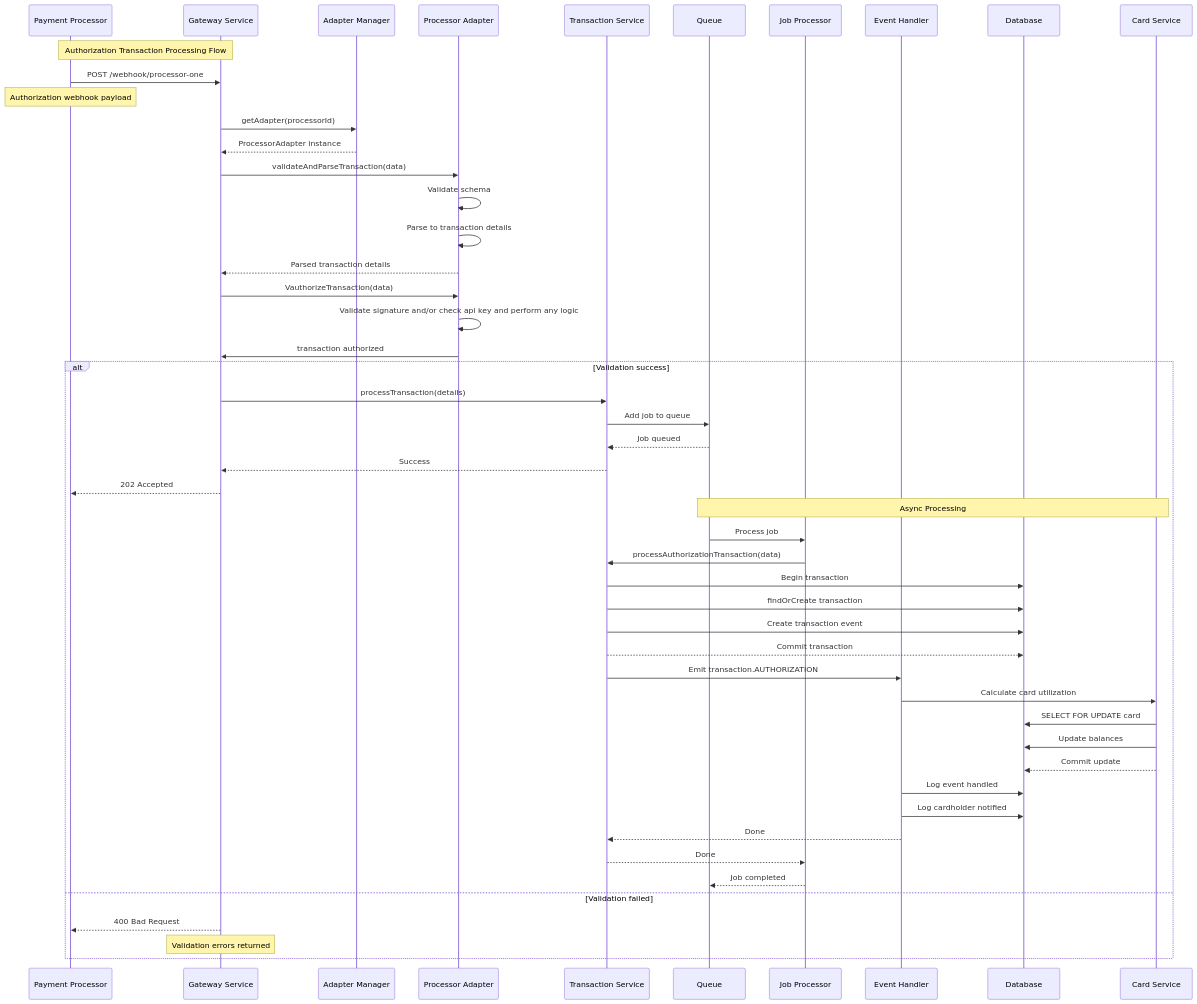
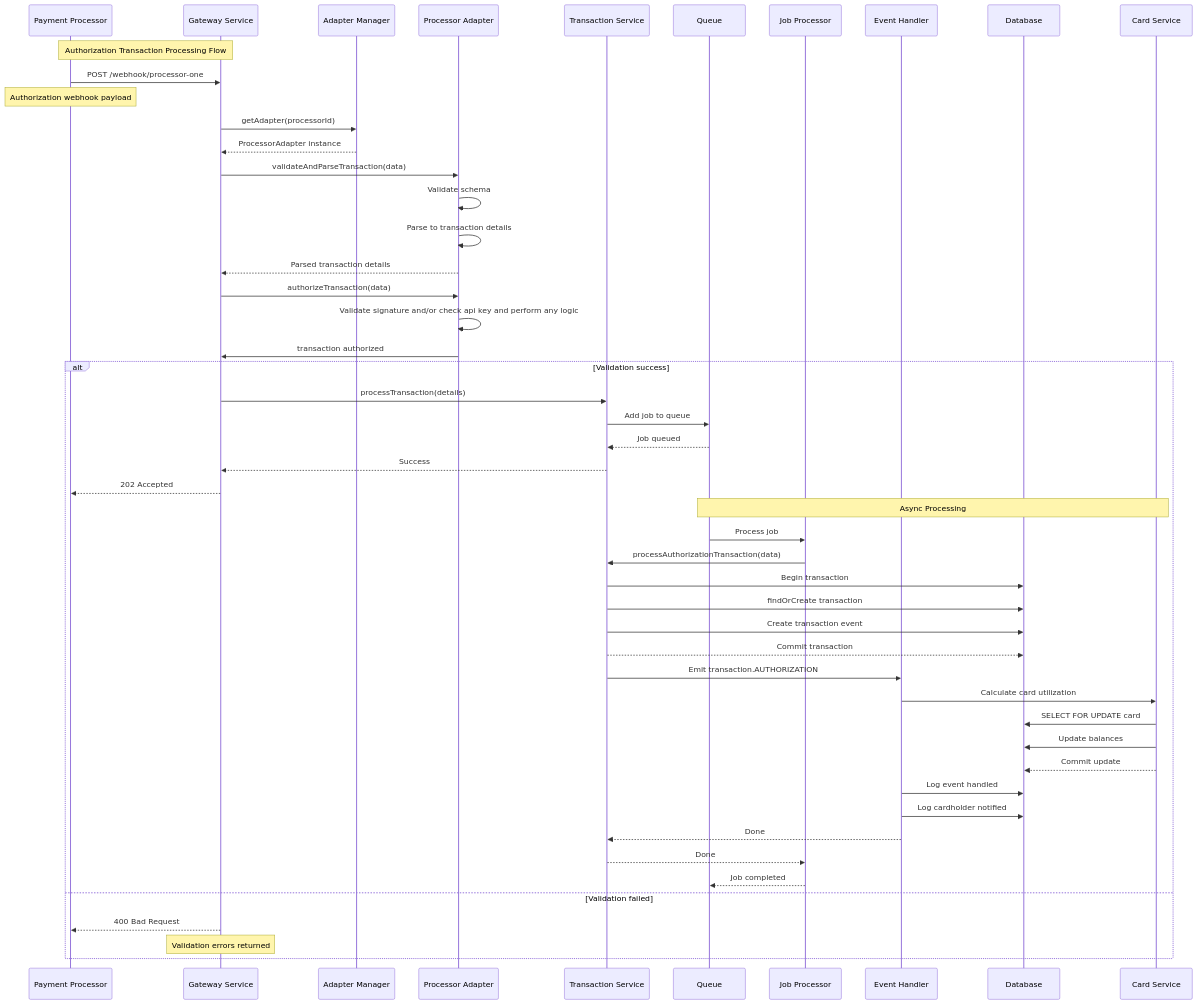
Before and after one commit to Abdallah-Zidan/pemo-task: the first of 8 diagrams in docs/SEQUENCE_DIAGRAMS.md, drawn with Mermaid. The commit also changed other lines of this file, not shown here.

Commit message:
feat: clearing transaction flow

````diff
--- a/docs/SEQUENCE_DIAGRAMS.md
+++ b/docs/SEQUENCE_DIAGRAMS.md
@@ -5,65 +5,65 @@
 ```mermaid
 sequenceDiagram
     participant PP as Payment Processor
     participant GW as Gateway Service
     participant AM as Adapter Manager
     participant PA as Processor Adapter
     participant TS as Transaction Service
     participant Q as Queue
     participant JP as Job Processor
     participant EH as Event Handler
     participant DB as Database
     participant CS as Card Service
 
     Note over PP,GW: Authorization Transaction Processing Flow
 
     PP->>GW: POST /webhook/processor-one
     Note over PP: Authorization webhook payload
 
     GW->>AM: getAdapter(processorId)
     AM-->>GW: ProcessorAdapter instance
 
     GW->>PA: validateAndParseTransaction(data)
     PA->>PA: Validate schema
     PA->>PA: Parse to transaction details
     PA-->>GW: Parsed transaction details
-    GW->> PA: VauthorizeTransaction(data)
+    GW->> PA: authorizeTransaction(data)
     PA->>PA: Validate signature and/or check api key and perform any logic
     PA->> GW: transaction authorized
 
     alt Validation success
         GW->>TS: processTransaction(details)
         TS->>Q: Add job to queue
         Q-->>TS: Job queued
         TS-->>GW: Success
         GW-->>PP: 202 Accepted
 
         Note over Q,CS: Async Processing
 
         Q->>JP: Process job
         JP->>TS: processAuthorizationTransaction(data)
         
         TS->>DB: Begin transaction
         TS->>DB: findOrCreate transaction
         TS->>DB: Create transaction event
         TS-->>DB: Commit transaction
 
         TS->>EH: Emit transaction.AUTHORIZATION
         EH->>CS: Calculate card utilization
 
         CS->>DB: SELECT FOR UPDATE card
         CS->>DB: Update balances
         CS-->>DB: Commit update
 
         EH->>DB: Log event handled
         EH->>DB: Log cardholder notified
         EH-->>TS: Done
 
         TS-->>JP: Done
         JP-->>Q: Job completed
     else Validation failed
         GW-->>PP: 400 Bad Request
         Note over GW: Validation errors returned
     end
 
 ```
````
